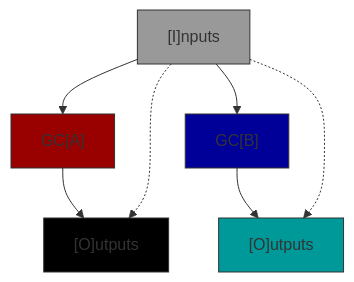
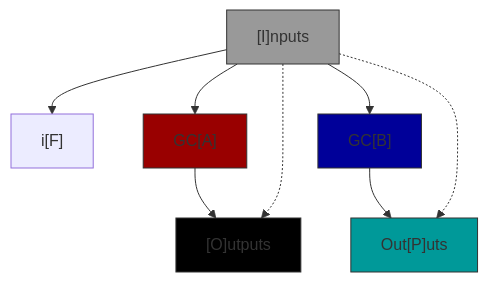
Before and after one commit to Shapedsundew9/erasmus-gp: the second of 3 diagrams in egppy/egppy/gc_graph/docs/graph.md, drawn with Mermaid. The commit also changed other lines of this file and 22 other files, not shown here.

````diff
--- a/egppy/egppy/gc_graph/docs/graph.md
+++ b/egppy/egppy/gc_graph/docs/graph.md
@@ -75,26 +80,28 @@
 ```mermaid
 %% Conditional GC
 flowchart TB
     I["[I]nputs"]
+    F["i[F]"]
     A["GC[A]"]
     B["GC[B]"]
     O["[O]utputs"]
-    P["[O]utputs"]
+    P["Out[P]uts"]
+    I --> F
     I --> A --> O
     B --> P
     I --> B
     I -.-> O
     I -.-> P
     
 classDef Icd fill:#999,stroke:#333,stroke-width:1px
 classDef Acd fill:#900,stroke:#333,stroke-width:1px
 classDef Bcd fill:#009,stroke:#333,stroke-width:1px
 classDef Ocd fill:#000,stroke:#333,stroke-width:1px
 classDef Pcd fill:#099,stroke:#333,stroke-width:1px
 
 class I Icd
 class A Acd
 class B Bcd
 class O Ocd
 class P Pcd
 ```
````
